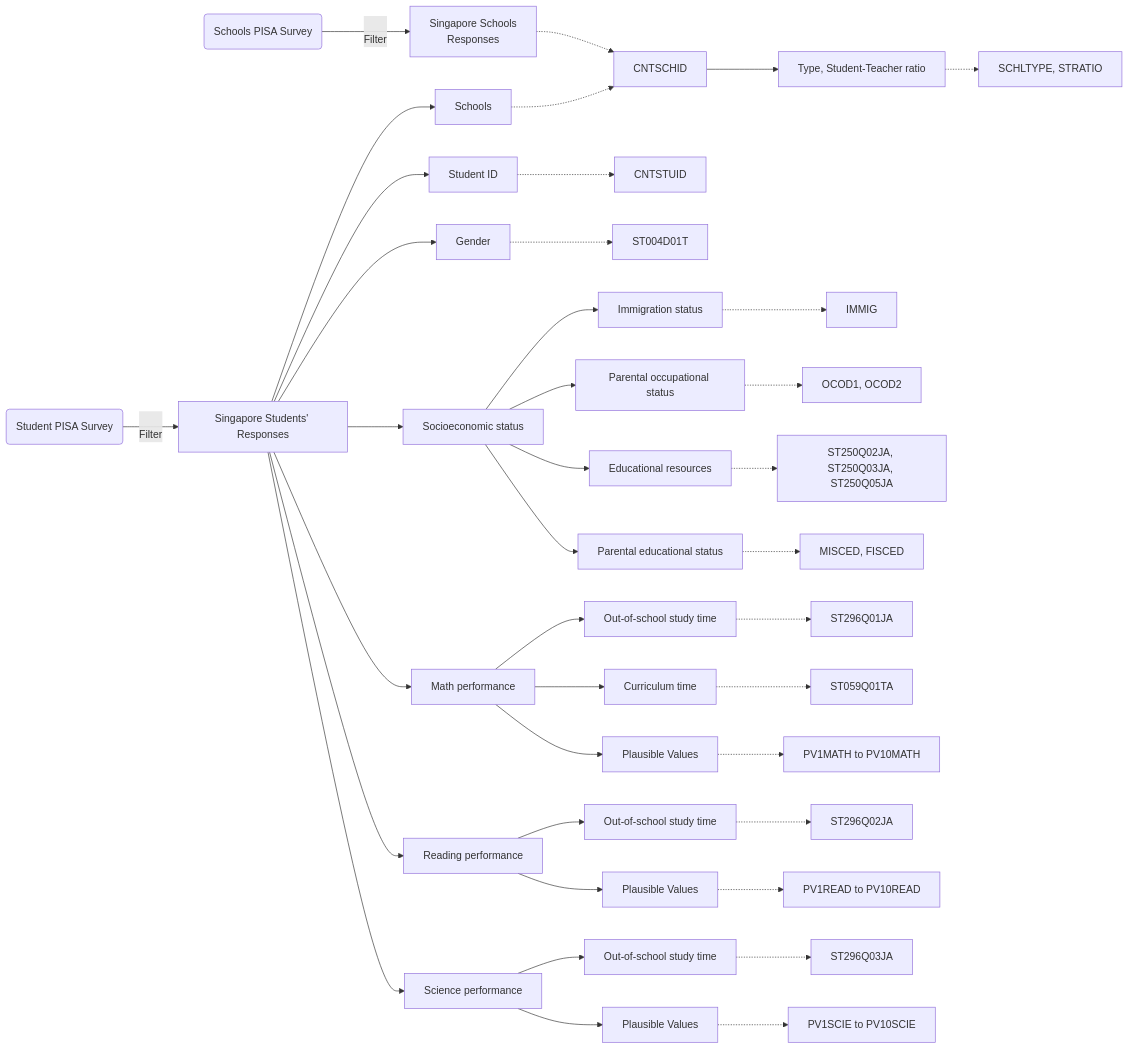
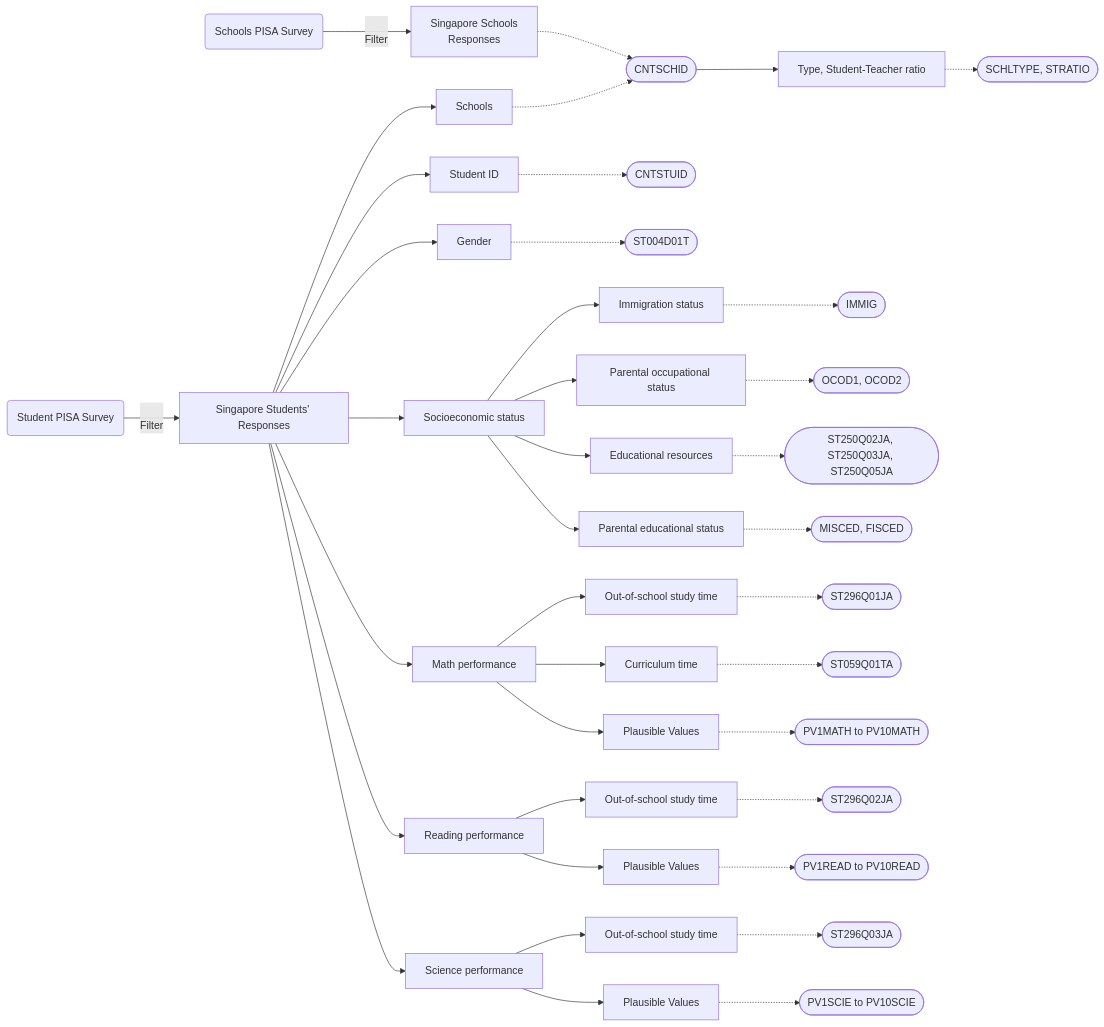
The diagram in Take-home_Ex/Take-home_Ex01/Take-home_Ex01.qmd (kytjy/ISSS608-VAA), drawn with Mermaid before and after one commit. The commit also changed other lines of this file and 78 other files, not shown here.

````diff
--- a/Take-home_Ex/Take-home_Ex01/Take-home_Ex01.qmd
+++ b/Take-home_Ex/Take-home_Ex01/Take-home_Ex01.qmd
@@ -175,51 +164,51 @@
 ```{mermaid}
 %%| fig-width: 8
 %%| echo: false
 flowchart LR
     A(Student PISA Survey) -->|\nFilter| B[Singapore Students' Responses]
 
     B--> F[Schools]
-    F-.-> F1[CNTSCHID]
+    F-.-> F1([CNTSCHID])
     
     B--> B1[Student ID]
-    B1-.-> B1.1[CNTSTUID]  
+    B1-.-> B1.1([CNTSTUID])  
 
     B--> G[Gender]
-    G-.-> M[ST004D01T] 
+    G-.-> M([ST004D01T]) 
 
     B--> H[Socioeconomic status]
     H--> H1[Immigration status] 
-    H1-.-> H1A[IMMIG]        
+    H1-.-> H1A([IMMIG])        
     H--> H2[Parental occupational status] 
-    H2-.-> H2A[OCOD1, OCOD2]
+    H2-.-> H2A([OCOD1, OCOD2])
     H--> H3[Educational resources]
-    H3-.-> H3A[ST250Q02JA, ST250Q03JA, ST250Q05JA]
+    H3-.-> H3A([ST250Q02JA, ST250Q03JA, ST250Q05JA])
 
     H--> H6[Parental educational status]
-    H6-.-> H6A[MISCED, FISCED]          
+    H6-.-> H6A([MISCED, FISCED])         
 
     B--> C[Math performance]
     C--> C1[Out-of-school study time]
-    C1-.-> C1A[ST296Q01JA]
+    C1-.-> C1A([ST296Q01JA])
     C--> C2[Curriculum time]   
-    C2-.-> C2A[ST059Q01TA]
+    C2-.-> C2A([ST059Q01TA])
     C--> C3[Plausible Values]   
-    C3-.-> C3A[PV1MATH to PV10MATH]        
+    C3-.-> C3A([PV1MATH to PV10MATH])        
 
     B--> D[Reading performance]
     D--> D1[Out-of-school study time]
-    D1-.-> D1A[ST296Q02JA] 
+    D1-.-> D1A([ST296Q02JA]) 
     D--> D2[Plausible Values]
-    D2-.-> D2A[PV1READ to PV10READ]     
+    D2-.-> D2A([PV1READ to PV10READ])     
 
     B--> E[Science performance]
     E--> E1[Out-of-school study time]
-    E1-.-> E1A[ST296Q03JA]   
+    E1-.-> E1A([ST296Q03JA])   
     E--> E2[Plausible Values]
-    E2-.-> E12[PV1SCIE to PV10SCIE] 
+    E2-.-> E12([PV1SCIE to PV10SCIE])
 
     1(Schools PISA Survey) -->|\nFilter| 1.1[Singapore Schools \nResponses]
     F1--> F2[Type, Student-Teacher ratio]
-    F2-.-> F2a[SCHLTYPE, STRATIO]
+    F2-.-> F2a([SCHLTYPE, STRATIO])
     1.1-.->F1
 ```
````
